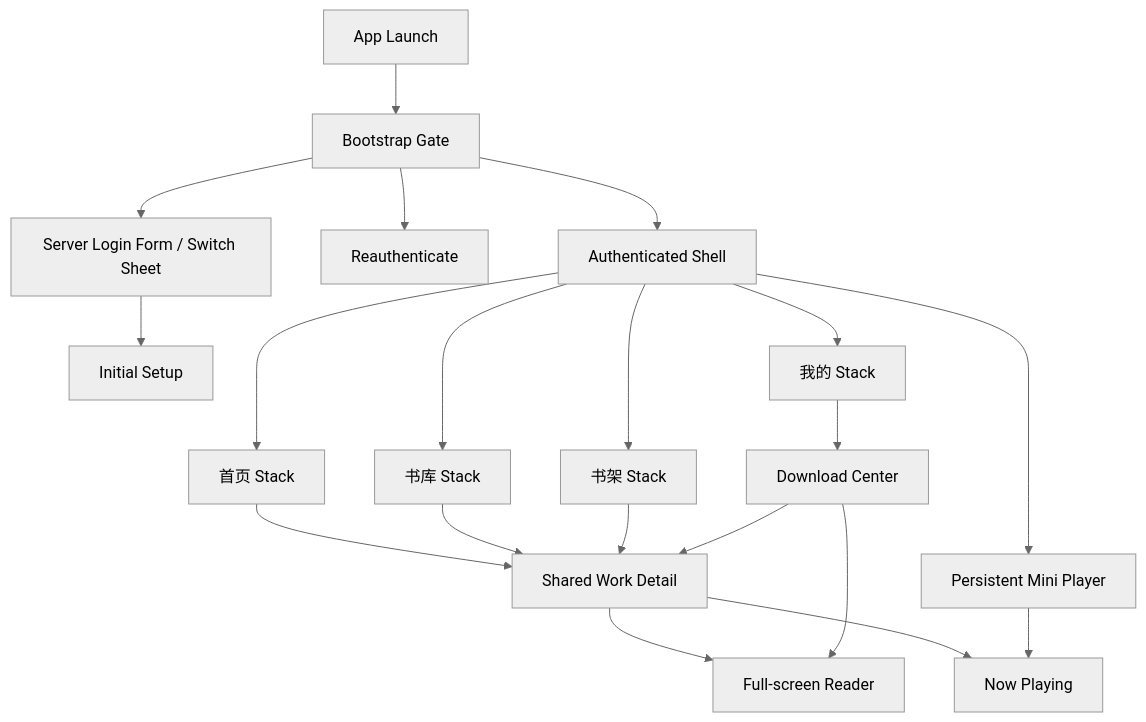
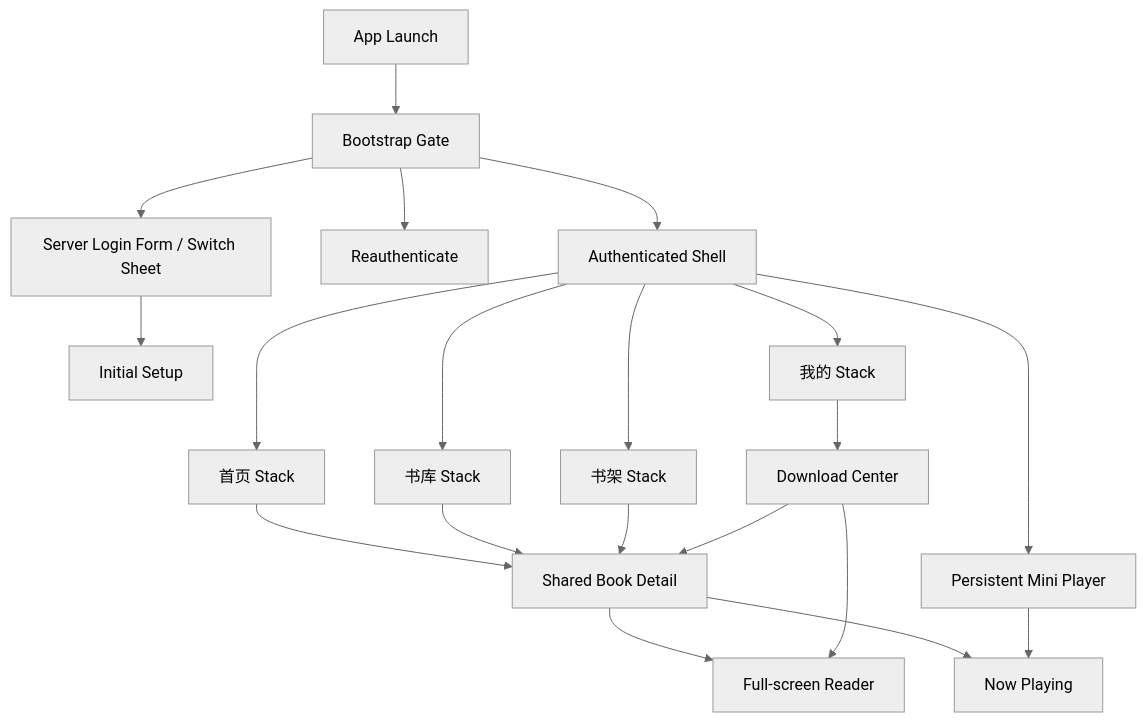
The first of 3 diagrams in docs/mobile-app-phase-2-information-architecture.md (GMD170629/ermao-library), drawn with Mermaid (neutral theme) before and after one commit. The commit also changed other lines of this file and 1993 other files, not shown here.

Commit message:
feat: synchronize backend architecture and mobile reader updates

````diff
--- a/docs/mobile-app-phase-2-information-architecture.md
+++ b/docs/mobile-app-phase-2-information-architecture.md
@@ -69,25 +70,25 @@
 ```mermaid
 flowchart TD
     Launch["App Launch"] --> Gate["Bootstrap Gate"]
     Gate --> Servers["Server Login Form / Switch Sheet"]
     Servers --> Setup["Initial Setup"]
     Gate --> Login["Reauthenticate"]
     Gate --> Shell["Authenticated Shell"]
 
     Shell --> Home["首页 Stack"]
     Shell --> Library["书库 Stack"]
     Shell --> Shelves["书架 Stack"]
     Shell --> Me["我的 Stack"]
 
-    Home --> Work["Shared Work Detail"]
-    Library --> Work
-    Shelves --> Work
+    Home --> Book["Shared Book Detail"]
+    Library --> Book
+    Shelves --> Book
     Me --> Downloads["Download Center"]
-    Downloads --> Work
+    Downloads --> Book
 
-    Work --> Reader["Full-screen Reader"]
-    Work --> Playing["Now Playing"]
+    Book --> Reader["Full-screen Reader"]
+    Book --> Playing["Now Playing"]
     Downloads --> Reader
     Shell --> Mini["Persistent Mini Player"]
     Mini --> Playing
 ```
````
